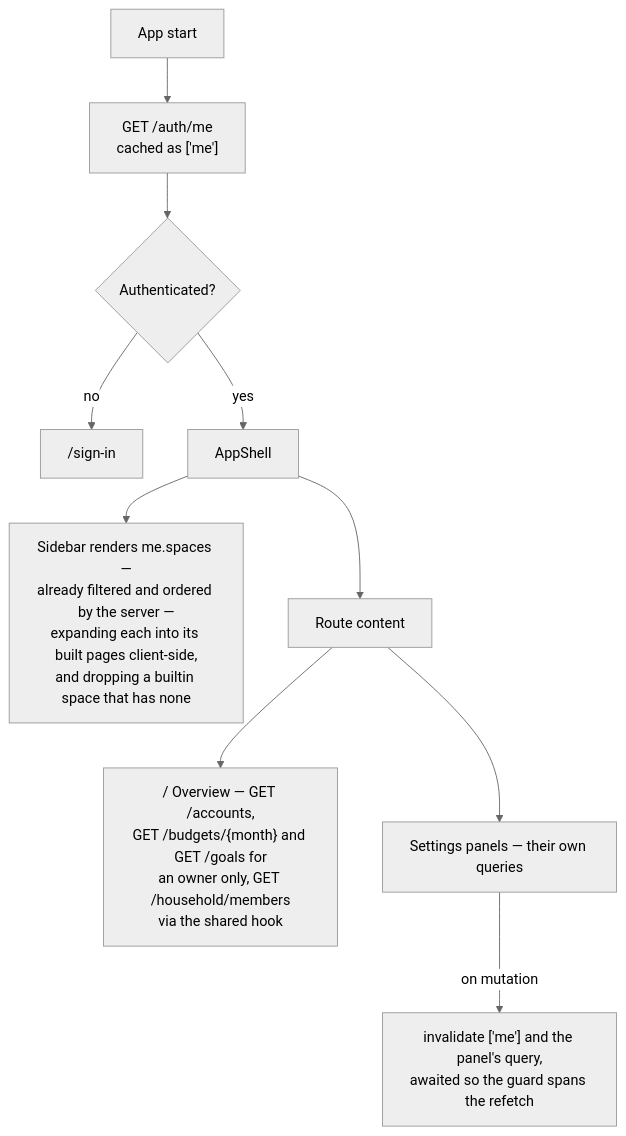
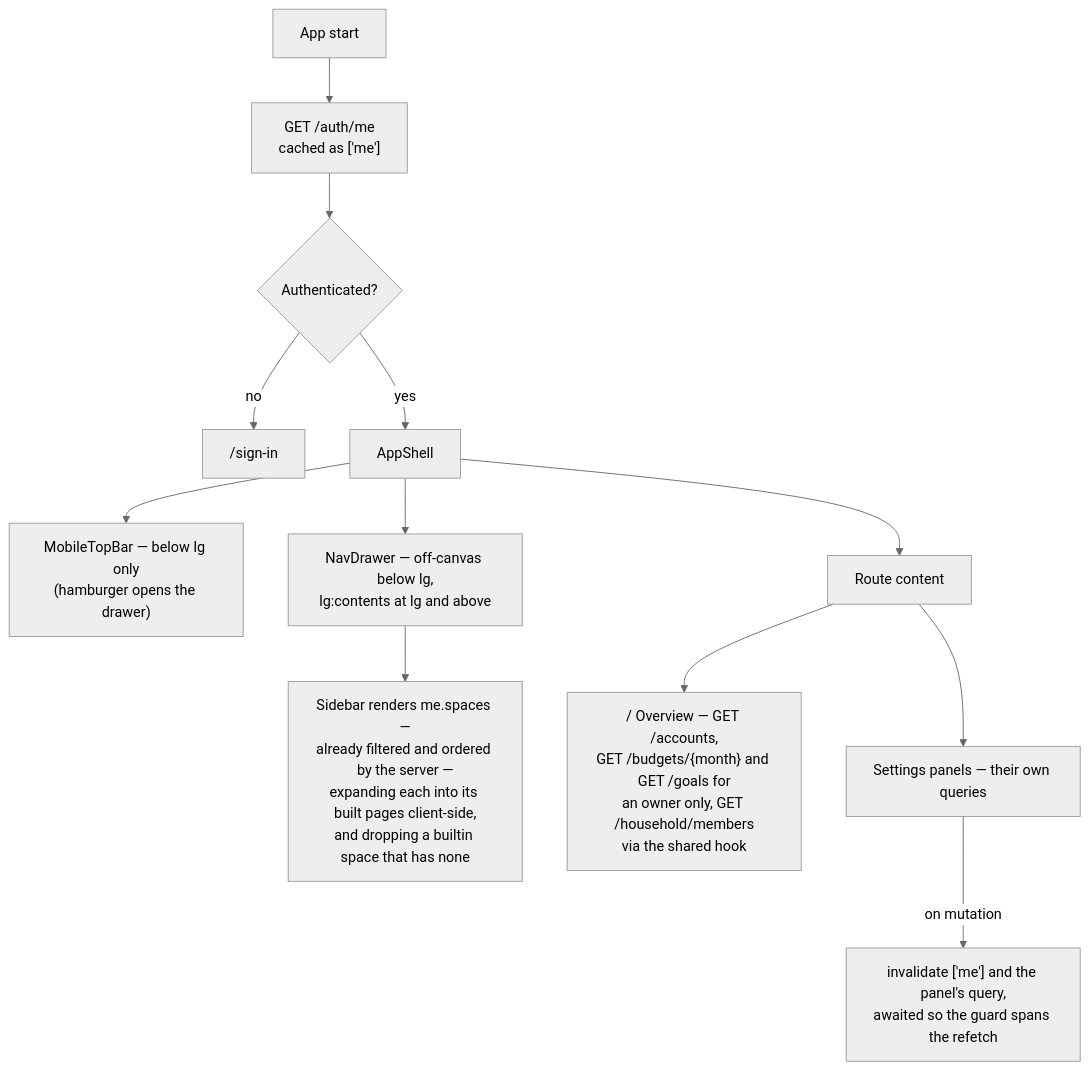
One commit to oandrz/Household changed diagram 14 of 15 in docs/SYSTEM_DESIGN.md. Above: the diagram before and after it, drawn with Mermaid (neutral theme). The commit also changed other lines of this file and 51 other files, not shown here.

````diff
--- a/docs/SYSTEM_DESIGN.md
+++ b/docs/SYSTEM_DESIGN.md
@@ -1164,12 +1164,14 @@
 ```mermaid
 graph TD
     Boot["App start"] --> Me["GET /auth/me<br/>cached as ['me']"]
     Me --> Guard{"Authenticated?"}
     Guard -->|no| SignIn["/sign-in"]
     Guard -->|yes| Shell["AppShell"]
-    Shell --> Sidebar["Sidebar renders me.spaces —<br/>already filtered and ordered by the server —<br/>expanding each into its built pages client-side,<br/>and dropping a builtin space that has none"]
+    Shell --> Bar["MobileTopBar — below lg only<br/>(hamburger opens the drawer)"]
+    Shell --> Drawer["NavDrawer — off-canvas below lg,<br/>lg:contents at lg and above"]
+    Drawer --> Sidebar["Sidebar renders me.spaces —<br/>already filtered and ordered by the server —<br/>expanding each into its built pages client-side,<br/>and dropping a builtin space that has none"]
     Shell --> Page["Route content"]
     Page --> Overview["/ Overview — GET /accounts,<br/>GET /budgets/{month} and GET /goals for<br/>an owner only, GET /household/members<br/>via the shared hook"]
     Page --> Settings["Settings panels — their own queries"]
     Settings -->|"on mutation"| Invalidate["invalidate ['me'] and the panel's query,<br/>awaited so the guard spans the refetch"]
 ```
````
